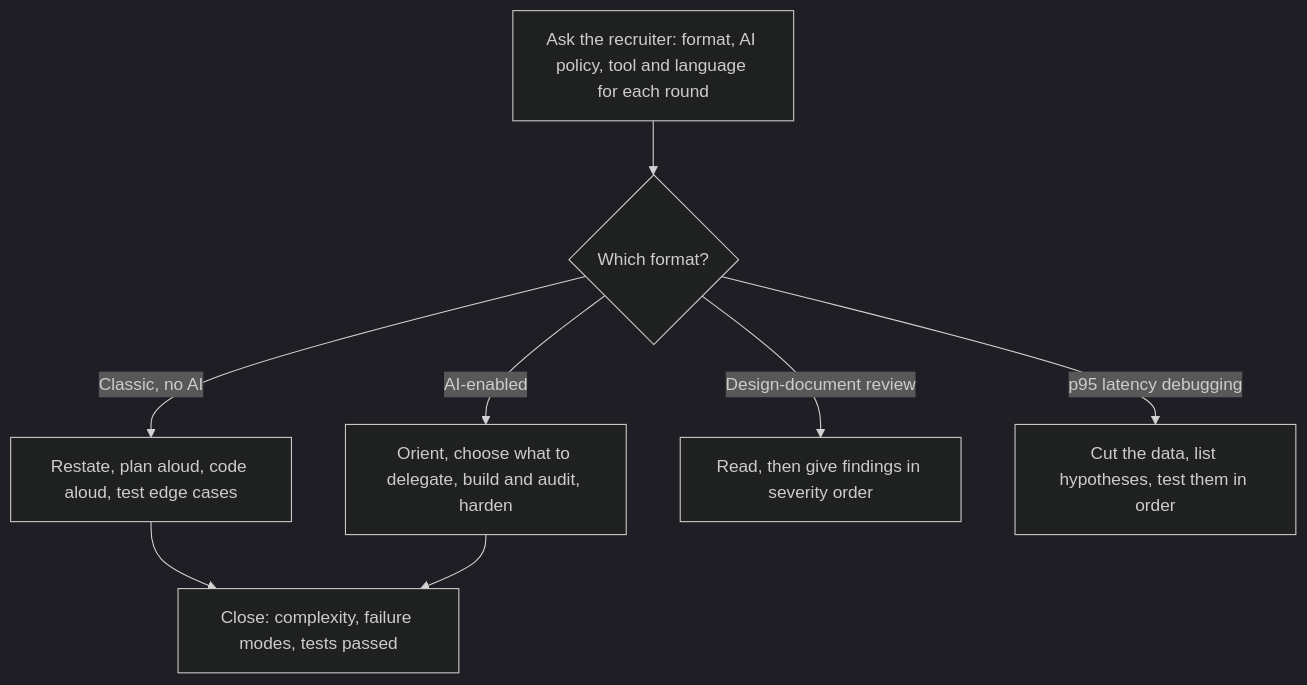
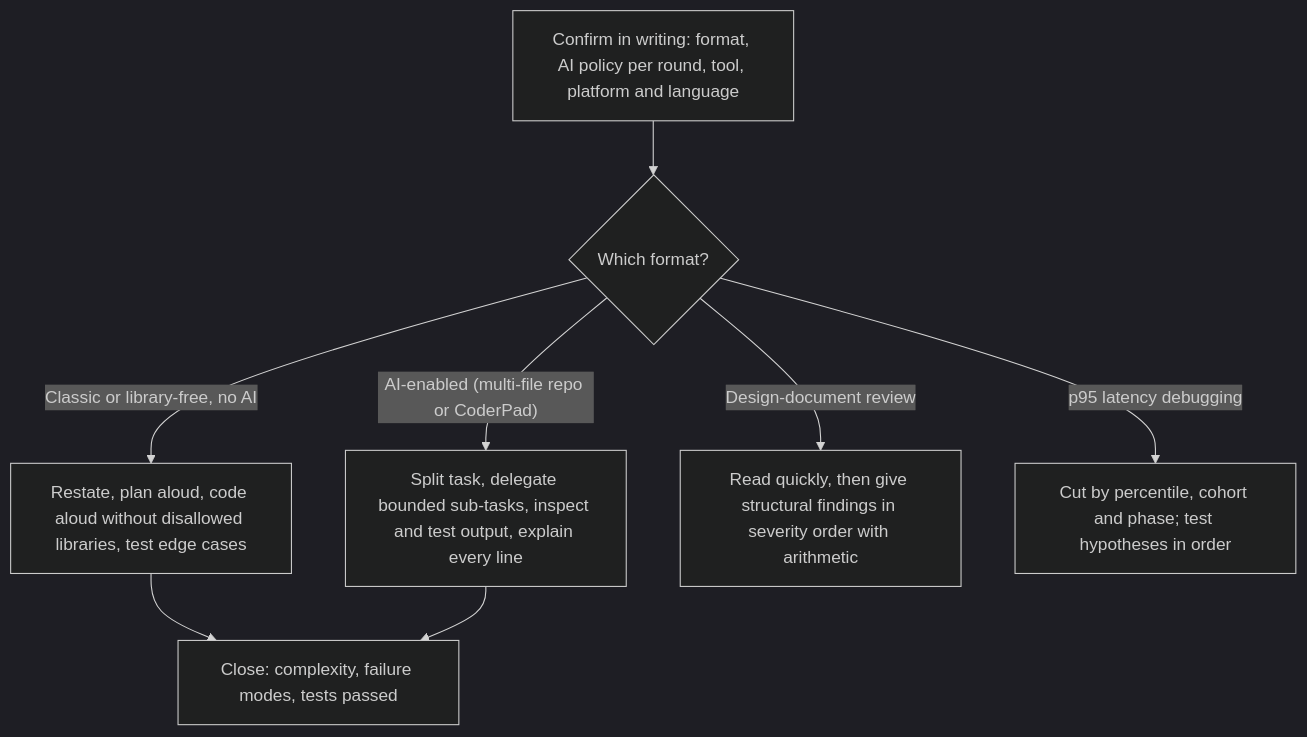
Before and after one commit to bhaskarjha-dev/genai-career: the diagram in career/08-interviewing/coding-rounds.md, drawn with Mermaid (dark theme). The commit also changed other lines of this file and 7 other files, not shown here.

````diff
--- a/career/08-interviewing/coding-rounds.md
+++ b/career/08-interviewing/coding-rounds.md
@@ -37,10 +37,10 @@
 ```mermaid
 flowchart TD
-    A["Ask the recruiter: format, AI policy, tool and language for each round"] --> B{"Which format?"}
-    B -->|"Classic, no AI"| C["Restate, plan aloud, code aloud, test edge cases"]
-    B -->|"AI-enabled"| D["Orient, choose what to delegate, build and audit, harden"]
-    B -->|"Design-document review"| E["Read, then give findings in severity order"]
-    B -->|"p95 latency debugging"| F["Cut the data, list hypotheses, test them in order"]
+    A["Confirm in writing: format, AI policy per round, tool, platform and language"] --> B{"Which format?"}
+    B -->|"Classic or library-free, no AI"| C["Restate, plan aloud, code aloud without disallowed libraries, test edge cases"]
+    B -->|"AI-enabled (multi-file repo or CoderPad)"| D["Split task, delegate bounded sub-tasks, inspect and test output, explain every line"]
+    B -->|"Design-document review"| E["Read quickly, then give structural findings in severity order with arithmetic"]
+    B -->|"p95 latency debugging"| F["Cut by percentile, cohort and phase; test hypotheses in order"]
     C --> G["Close: complexity, failure modes, tests passed"]
     D --> G
 ```
````
